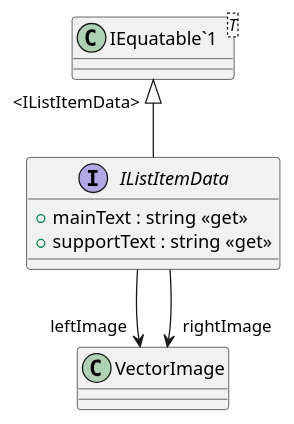
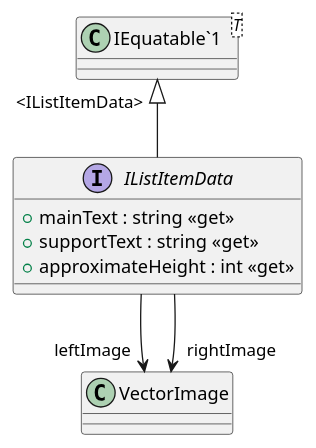
The diagram in Assets/Documentation/UML/Simulation/UI/ListItem/IListItemData.puml (Ubus99/AVRO-Simulation), drawn with PlantUML before and after one commit. The commit also changed 111 other files, not shown here.

```diff
--- a/Assets/Documentation/UML/Simulation/UI/ListItem/IListItemData.puml
+++ b/Assets/Documentation/UML/Simulation/UI/ListItem/IListItemData.puml
@@ -1,11 +1,12 @@
 @startuml
 interface IListItemData {
     + mainText : string <<get>>
     + supportText : string <<get>>
+    + approximateHeight : int <<get>>
 }
 class "IEquatable`1"<T> {
 }
 "IEquatable`1" "<IListItemData>" <|-- IListItemData
 IListItemData --> "leftImage" VectorImage
 IListItemData --> "rightImage" VectorImage
 @enduml
```
